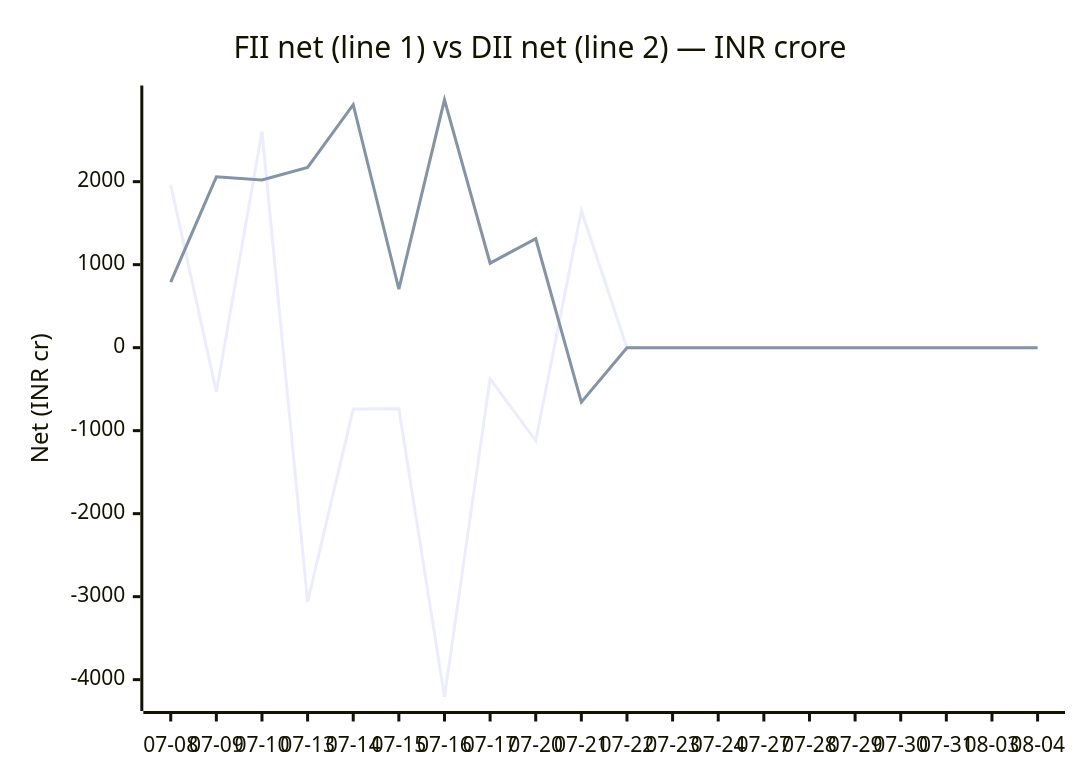
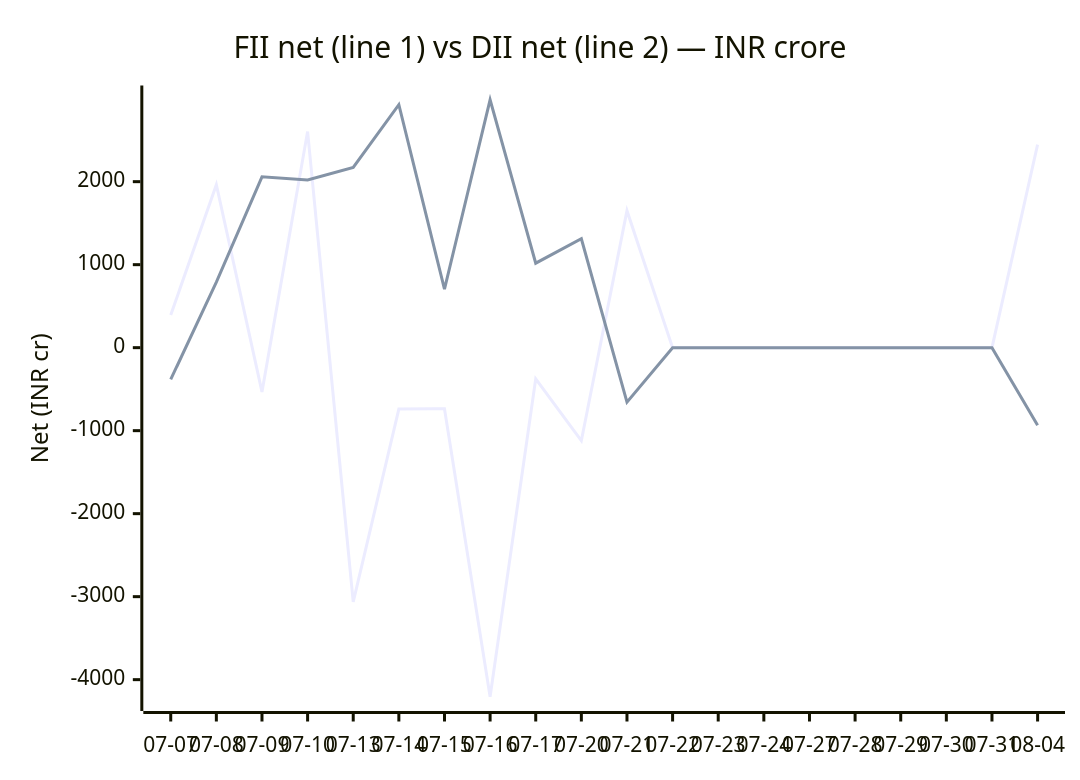
One commit to chirag127/fii-dii-activity-api changed the diagram in README.md. Above: the diagram before and after it, drawn with Mermaid. The commit also changed other lines of this file and 74 other files, not shown here.

````diff
--- a/README.md
+++ b/README.md
@@ -25,8 +25,8 @@
 ```mermaid
 xychart-beta
     title "FII net (line 1) vs DII net (line 2) — INR crore"
-    x-axis ["07-08", "07-09", "07-10", "07-13", "07-14", "07-15", "07-16", "07-17", "07-20", "07-21", "07-22", "07-23", "07-24", "07-27", "07-28", "07-29", "07-30", "07-31", "08-03", "08-04"]
+    x-axis ["07-07", "07-08", "07-09", "07-10", "07-13", "07-14", "07-15", "07-16", "07-17", "07-20", "07-21", "07-22", "07-23", "07-24", "07-27", "07-28", "07-29", "07-30", "07-31", "08-04"]
     y-axis "Net (INR cr)" -4206 --> 2987
-    line [1962.8, -532.86, 2603.72, -3062.27, -739.69, -735.83, -4205.56, -376.41, -1121.04, 1650.16, 0, 0, 0, 0, 0, 0, 0, 0, 0, 0]
-    line [790.16, 2057.79, 2019.68, 2171.7, 2927.71, 704.93, 2986.41, 1017.89, 1312.03, -656.88, 0, 0, 0, 0, 0, 0, 0, 0, 0, 0]
+    line [393.19, 1962.8, -532.86, 2603.72, -3062.27, -739.69, -735.83, -4205.56, -376.41, -1121.04, 1650.16, 0, 0, 0, 0, 0, 0, 0, 0, 2446.47]
+    line [-383.43, 790.16, 2057.79, 2019.68, 2171.7, 2927.71, 704.93, 2986.41, 1017.89, 1312.03, -656.88, 0, 0, 0, 0, 0, 0, 0, 0, -936.14]
 ```
````
